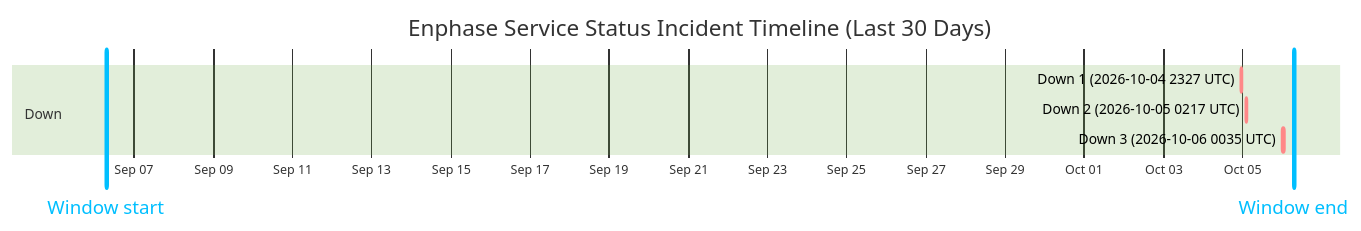
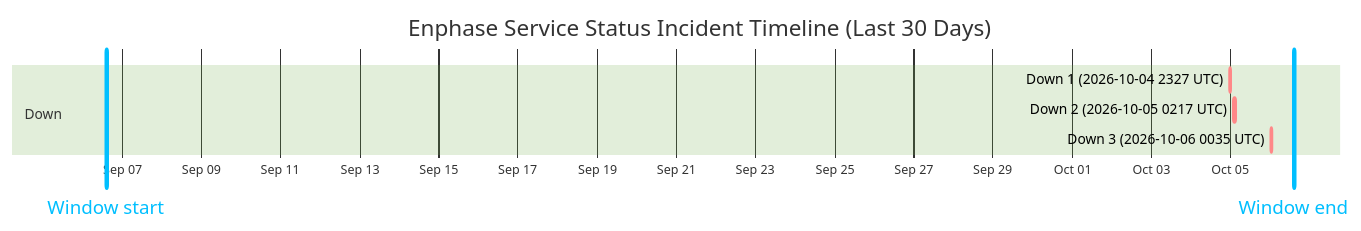
Before and after one commit to barneyonline/ha-enphase-energy: the diagram in wiki/Service-Status-History.md, drawn with Mermaid (forest theme). The commit also changed other lines of this file and 3 other files, not shown here.

````diff
--- a/wiki/Service-Status-History.md
+++ b/wiki/Service-Status-History.md
@@ -14,12 +14,12 @@
 ```mermaid
 gantt
     title Enphase Service Status Incident Timeline (Last 30 Days)
     dateFormat  YYYY-MM-DDTHH:mm:ss
     axisFormat  %b %d
-    Window start :vert, window-start, 2026-09-06T07:11:42, 0ms
-    Window end :vert, window-end, 2026-10-06T07:11:42, 0ms
+    Window start :vert, window-start, 2026-09-06T14:22:29, 0ms
+    Window end :vert, window-end, 2026-10-06T14:22:29, 0ms
     section Down
     Down 1 (2026-10-04 2327 UTC) :crit, down-1, 2026-10-04T23:27:34, 60m
     Down 2 (2026-10-05 0217 UTC) :crit, down-2, 2026-10-05T02:17:30, 60m
     Down 3 (2026-10-06 0035 UTC) :crit, down-3, 2026-10-06T00:35:21, 60m
 ```
````
